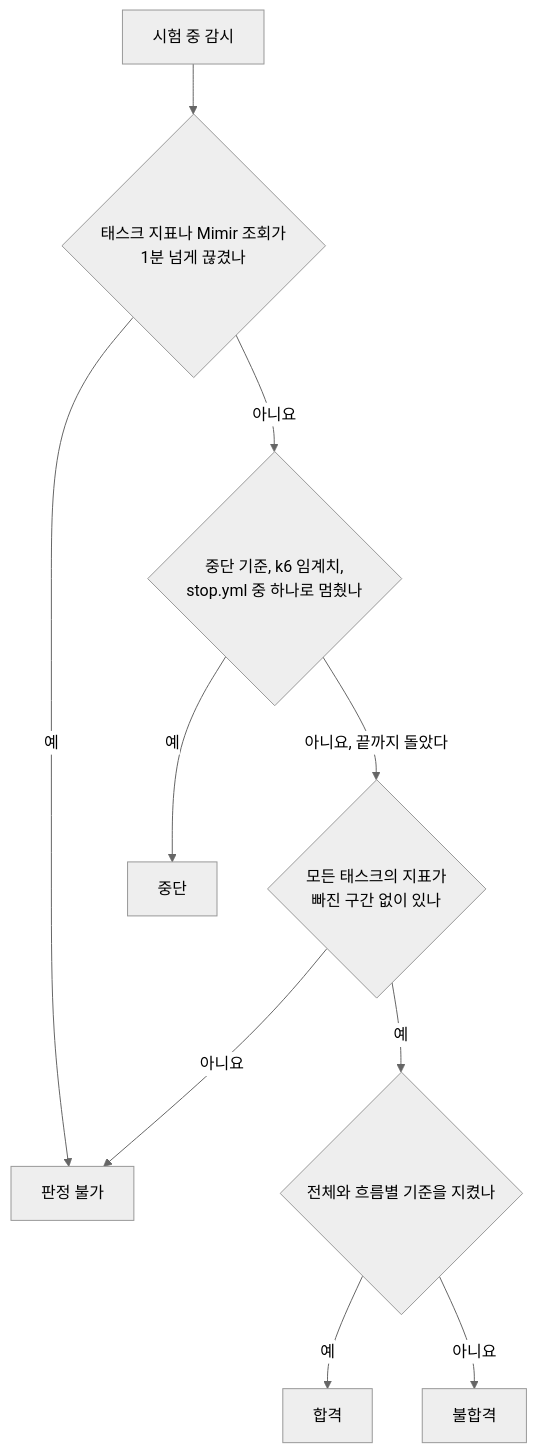
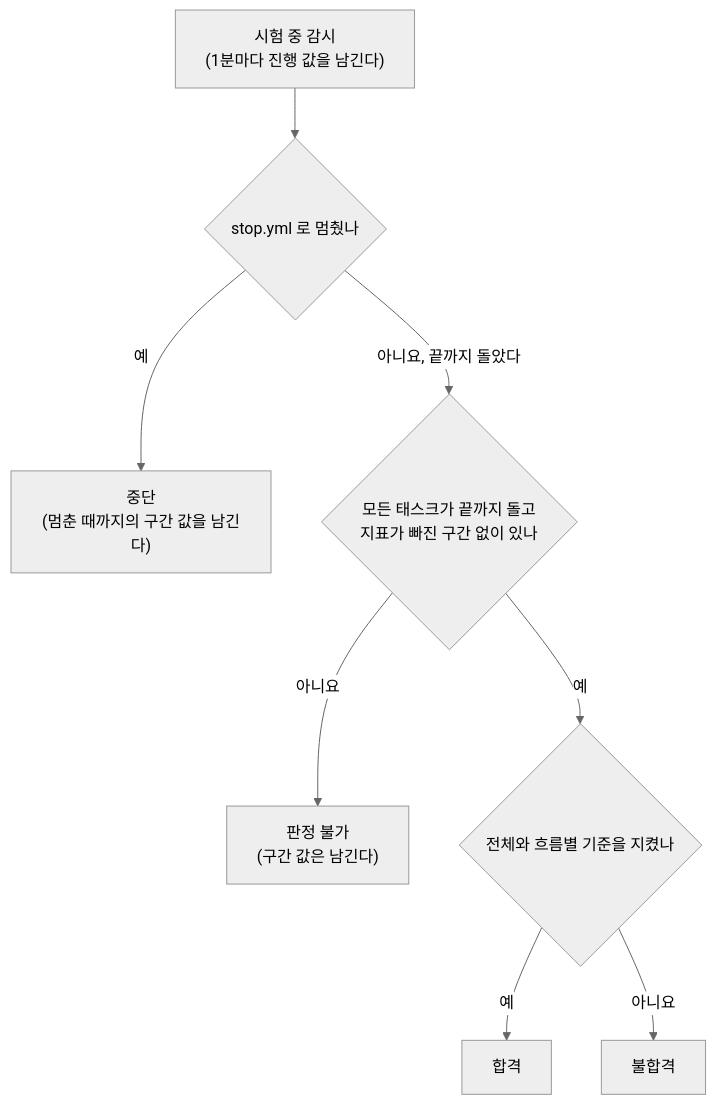
One commit to Grandis-2/nova-loadtest changed the third of 4 diagrams in PLAN.md. Above: the diagram before and after it, drawn with Mermaid (neutral theme). The commit also changed other lines of this file and 33 other files, not shown here.

````diff
--- a/PLAN.md
+++ b/PLAN.md
@@ -159,12 +158,10 @@
 ```mermaid
 flowchart TD
-    run["시험 중 감시"] --> cut{"태스크 지표나 Mimir 조회가<br/>1분 넘게 끊겼나"}
-    cut -->|"예"| na["판정 불가"]
-    cut -->|"아니요"| abort{"중단 기준, k6 임계치,<br/>stop.yml 중 하나로 멈췄나"}
-    abort -->|"예"| stop["중단"]
-    abort -->|"아니요, 끝까지 돌았다"| gap{"모든 태스크의 지표가<br/>빠진 구간 없이 있나"}
-    gap -->|"아니요"| na
+    run["시험 중 감시<br/>(1분마다 진행 값을 남긴다)"] --> man{"stop.yml 로 멈췄나"}
+    man -->|"예"| stop["중단<br/>(멈춘 때까지의 구간 값을 남긴다)"]
+    man -->|"아니요, 끝까지 돌았다"| gap{"모든 태스크가 끝까지 돌고<br/>지표가 빠진 구간 없이 있나"}
+    gap -->|"아니요"| na["판정 불가<br/>(구간 값은 남긴다)"]
     gap -->|"예"| slo{"전체와 흐름별 기준을 지켰나"}
     slo -->|"예"| pass["합격"]
     slo -->|"아니요"| fail["불합격"]
 ```
````
